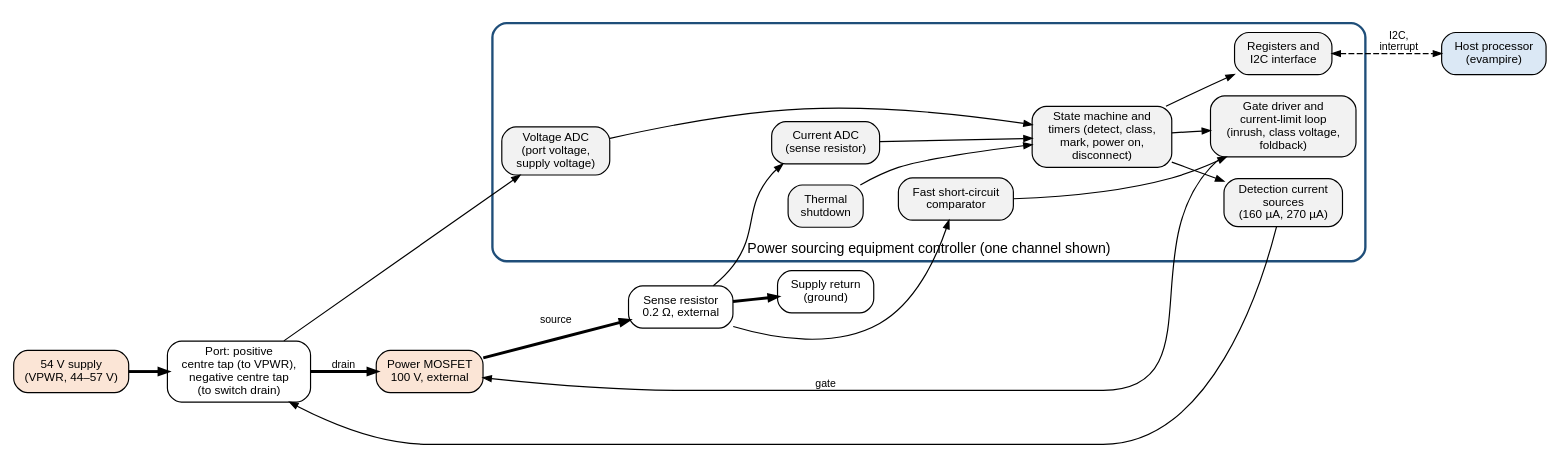
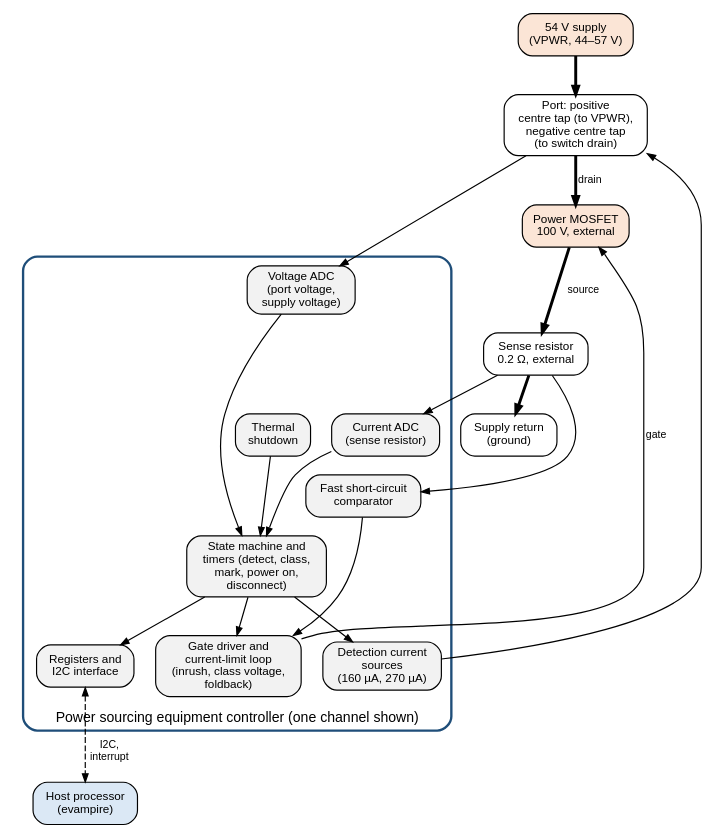
The diagram in docs/power/poe/pse-controller.dot (mithro/evampire), drawn with Graphviz before and after one commit. The commit also changed 4 other files, not shown here.

Commit message:
Redraw the system diagram on a fixed grid that fits the page width

```diff
--- a/docs/power/poe/pse-controller.dot
+++ b/docs/power/poe/pse-controller.dot
@@ -1,53 +1,53 @@
 // One channel of a power sourcing equipment controller (low-side switch
 // arrangement, as in the TI TPS2388x family). Bold arrows: power path.
 // Thin arrows: measurement and control. Dashed arrows: host interface.
 //
 // SPDX-License-Identifier: Apache-2.0
 
 digraph pse_controller {
-    graph [rankdir=LR, fontname="Helvetica", fontsize=12, nodesep=0.25,
+    graph [rankdir=TB, fontname="Helvetica", fontsize=12, nodesep=0.25,
            ranksep=0.45, newrank=true];
     node  [shape=box, style="rounded,filled", fillcolor="#f2f2f2",
            fontname="Helvetica", fontsize=10];
     edge  [fontname="Helvetica", fontsize=9, arrowsize=0.7];
 
     vpwr  [label="54 V supply\n(VPWR, 44–57 V)", fillcolor="#fbe5d6"];
     port  [label="Port: positive\ncentre tap (to VPWR),\nnegative centre tap\n(to switch drain)", fillcolor="#ffffff"];
     fet   [label="Power MOSFET\n100 V, external", fillcolor="#fbe5d6"];
     rsns  [label="Sense resistor\n0.2 Ω, external", fillcolor="#ffffff"];
     gnd   [label="Supply return\n(ground)", fillcolor="#ffffff"];
     host  [label="Host processor\n(evampire)", fillcolor="#dbe8f5"];
 
     subgraph cluster_ic {
         label="Power sourcing equipment controller (one channel shown)";
         labelloc="b"; style="rounded,bold"; color="#1f4e79";
 
         det   [label="Detection current\nsources\n(160 µA, 270 µA)"];
         vadc  [label="Voltage ADC\n(port voltage,\nsupply voltage)"];
         iadc  [label="Current ADC\n(sense resistor)"];
         gate  [label="Gate driver and\ncurrent-limit loop\n(inrush, class voltage,\nfoldback)"];
         fast  [label="Fast short-circuit\ncomparator"];
         logic [label="State machine and\ntimers (detect, class,\nmark, power on,\ndisconnect)"];
         regs  [label="Registers and\nI2C interface"];
         temp  [label="Thermal\nshutdown"];
     }
 
     vpwr -> port [penwidth=2.5];
     port -> fet  [penwidth=2.5, label="drain"];
     fet  -> rsns [penwidth=2.5, label="source"];
     rsns -> gnd  [penwidth=2.5];
 
     det  -> port;
     port -> vadc;
     rsns -> iadc;
     rsns -> fast;
     gate -> fet  [label="gate"];
     fast -> gate;
     vadc -> logic;
     iadc -> logic;
     temp -> logic;
     logic -> det;
     logic -> gate;
     logic -> regs;
     regs -> host [style=dashed, dir=both, label="I2C,\ninterrupt"];
 }
```
